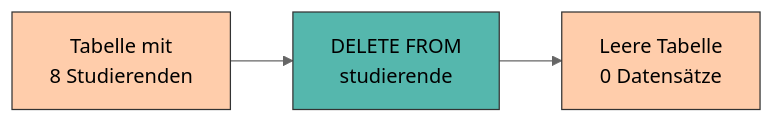
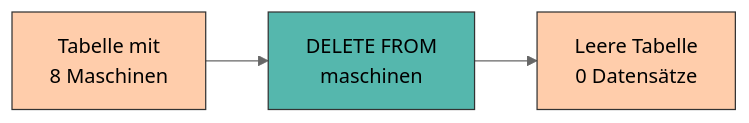
Before and after one commit to mciwing/data-campus: the diagram in docs/database/manipulieren.md, drawn with Mermaid (neutral theme). The commit also changed other lines of this file and 9 other files, not shown here.

````diff
--- a/docs/database/manipulieren.md
+++ b/docs/database/manipulieren.md
@@ -211,8 +211,8 @@
 ```mermaid
 graph LR
-    A[Tabelle mit<br>8 Studierenden]:::peach --> B[DELETE FROM<br>studierende]:::teal
+    A[Tabelle mit<br>8 Maschinen]:::peach --> B[DELETE FROM<br>maschinen]:::teal
     B --> C[Leere Tabelle<br>0 Datensätze]:::peach
 
     classDef peach fill:#FFB482aa,stroke:#333,stroke-width:1px;
     classDef teal fill:#009485aa,stroke:#333,stroke-width:1px;
 ```
````
